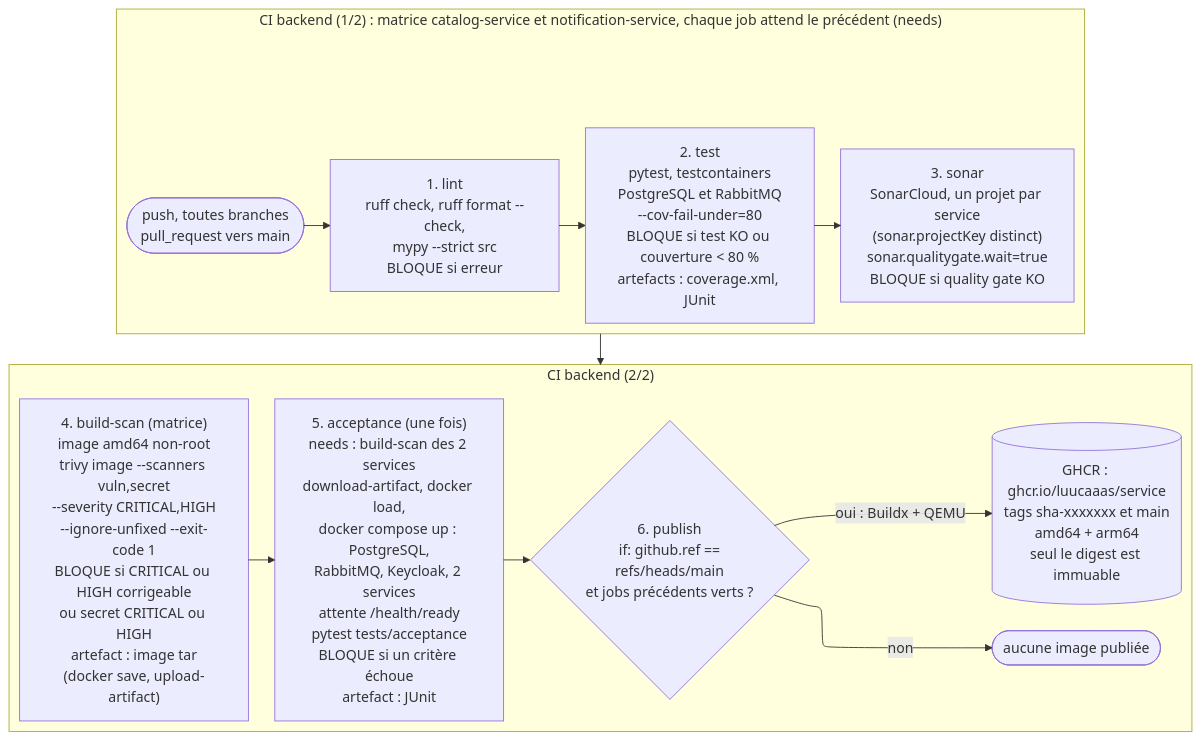
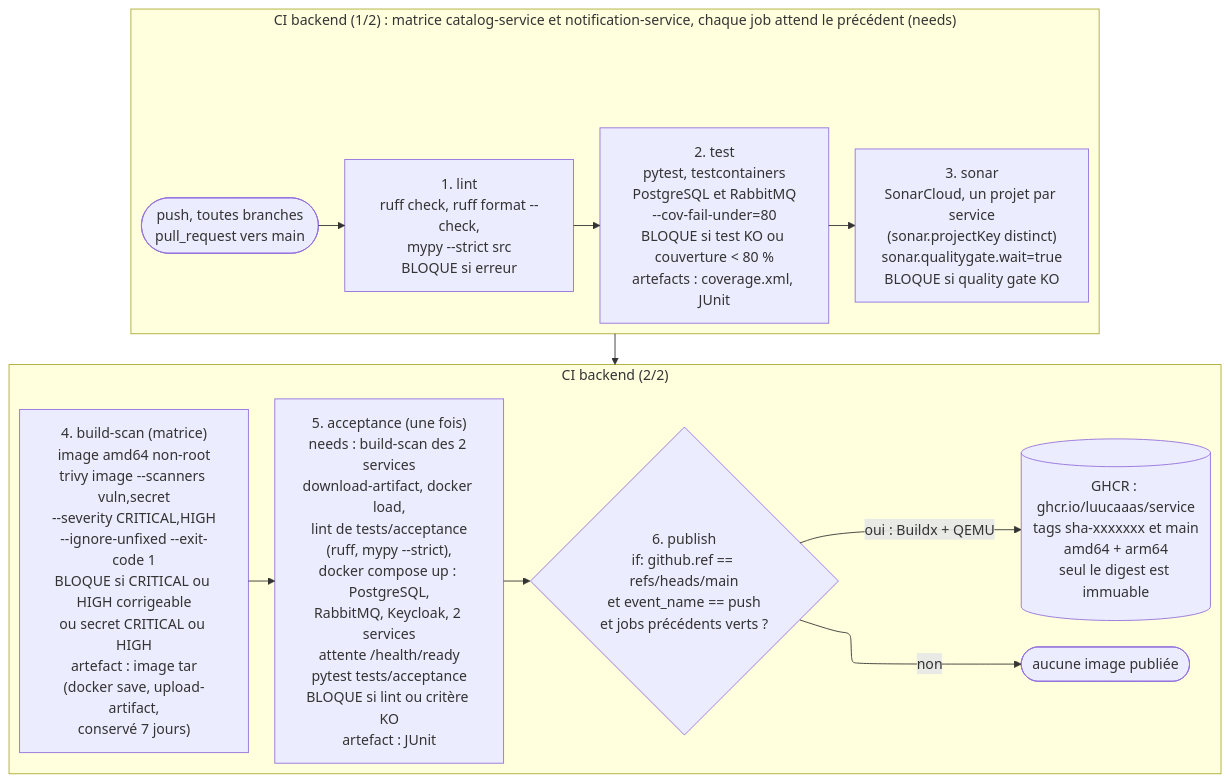
One commit to Luucaaas/collector-poc changed the second of 2 diagrams in docs/01-qualite/cicd.md. Above: the diagram before and after it, drawn with Mermaid. The commit also changed other lines of this file and 7 other files, not shown here.

````diff
--- a/docs/01-qualite/cicd.md
+++ b/docs/01-qualite/cicd.md
@@ -60,16 +62,16 @@
 ```mermaid
 %%{init: {"flowchart": {"defaultRenderer": "elk"}}}%%
 flowchart TB
     %% id: pipeline-backend
     subgraph R1["CI backend (1/2) : matrice catalog-service et notification-service, chaque job attend le précédent (needs)"]
         direction LR
         TRIG(["push, toutes branches<br/>pull_request vers main"]) --> LINT["1. lint<br/>ruff check, ruff format --check,<br/>mypy --strict src<br/>BLOQUE si erreur"] --> TEST["2. test<br/>pytest, testcontainers<br/>PostgreSQL et RabbitMQ<br/>--cov-fail-under=80<br/>BLOQUE si test KO ou couverture &lt; 80 %<br/>artefacts : coverage.xml, JUnit"] --> SONAR["3. sonar<br/>SonarCloud, un projet par service<br/>(sonar.projectKey distinct)<br/>sonar.qualitygate.wait=true<br/>BLOQUE si quality gate KO"]
     end
     subgraph R2["CI backend (2/2)"]
         direction LR
-        BS["4. build-scan (matrice)<br/>image amd64 non-root<br/>trivy image --scanners vuln,secret<br/>--severity CRITICAL,HIGH<br/>--ignore-unfixed --exit-code 1<br/>BLOQUE si CRITICAL ou HIGH corrigeable<br/>ou secret CRITICAL ou HIGH<br/>artefact : image tar<br/>(docker save, upload-artifact)"] --> ACC["5. acceptance (une fois)<br/>needs : build-scan des 2 services<br/>download-artifact, docker load,<br/>docker compose up : PostgreSQL,<br/>RabbitMQ, Keycloak, 2 services<br/>attente /health/ready<br/>pytest tests/acceptance<br/>BLOQUE si un critère échoue<br/>artefact : JUnit"] --> PUB{"6. publish<br/>if: github.ref ==<br/>refs/heads/main<br/>et jobs précédents verts ?"}
+        BS["4. build-scan (matrice)<br/>image amd64 non-root<br/>trivy image --scanners vuln,secret<br/>--severity CRITICAL,HIGH<br/>--ignore-unfixed --exit-code 1<br/>BLOQUE si CRITICAL ou HIGH corrigeable<br/>ou secret CRITICAL ou HIGH<br/>artefact : image tar<br/>(docker save, upload-artifact,<br/>conservé 7 jours)"] --> ACC["5. acceptance (une fois)<br/>needs : build-scan des 2 services<br/>download-artifact, docker load,<br/>lint de tests/acceptance<br/>(ruff, mypy --strict),<br/>docker compose up : PostgreSQL,<br/>RabbitMQ, Keycloak, 2 services<br/>attente /health/ready<br/>pytest tests/acceptance<br/>BLOQUE si lint ou critère KO<br/>artefact : JUnit"] --> PUB{"6. publish<br/>if: github.ref == refs/heads/main<br/>et event_name == push<br/>et jobs précédents verts ?"}
         PUB -->|"oui : Buildx + QEMU"| GHCR[("GHCR : ghcr.io/luucaaas/service<br/>tags sha-xxxxxxx et main<br/>amd64 + arm64<br/>seul le digest est immuable")]
         PUB -->|"non"| FIN(["aucune image publiée"])
     end
     R1 --> R2
 ```
````
